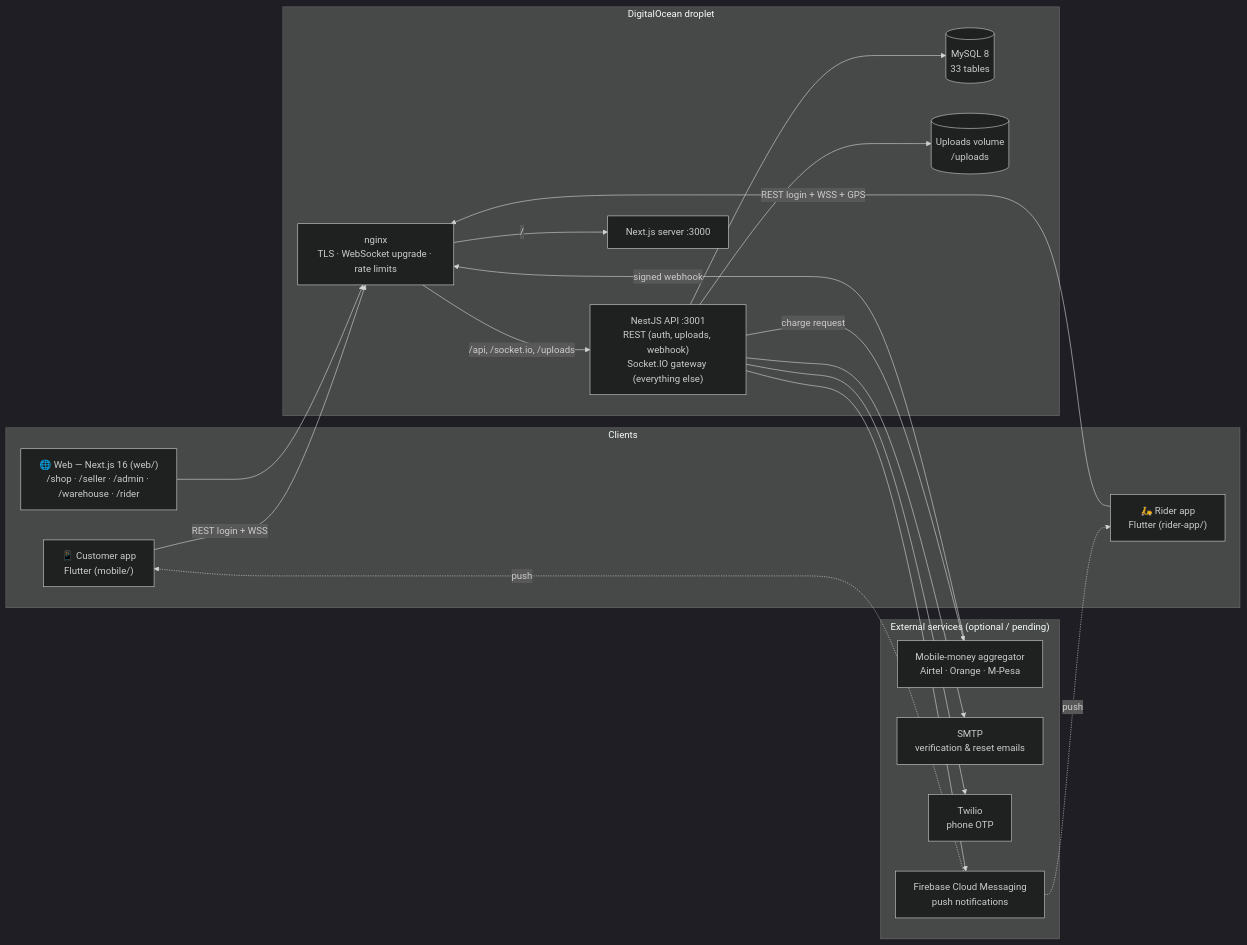
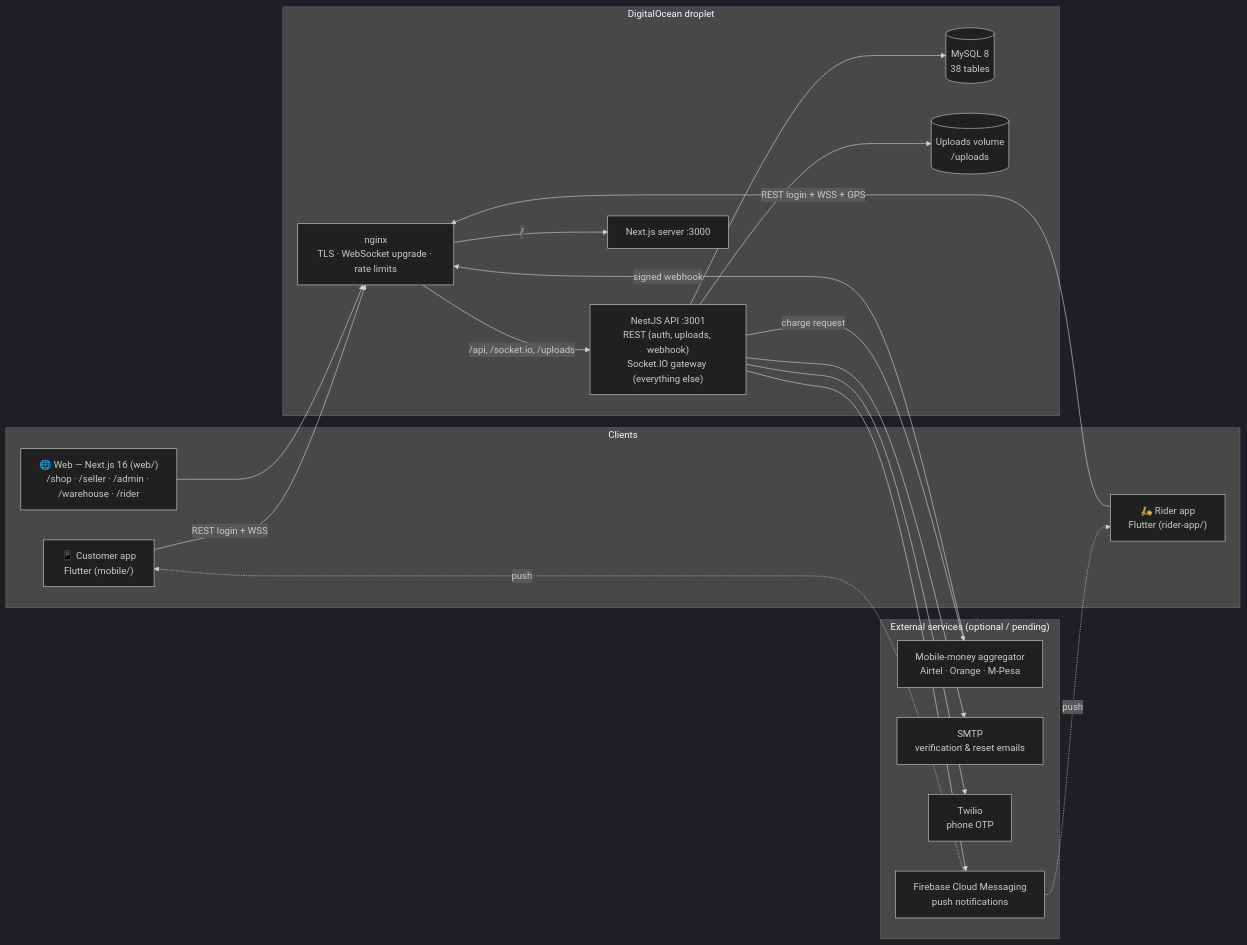
The first of 20 diagrams in docs/ARCHITECTURE.md (WaseemMirzaa/somba-apps), drawn with Mermaid (dark theme) before and after one commit. The commit also changed other lines of this file and 5 other files, not shown here.

````diff
--- a/docs/ARCHITECTURE.md
+++ b/docs/ARCHITECTURE.md
@@ -100,35 +100,35 @@
 ```mermaid
 flowchart LR
   subgraph Clients
     CA["📱 Customer app<br/>Flutter (mobile/)"]
     RA["🛵 Rider app<br/>Flutter (rider-app/)"]
     WEB["🌐 Web — Next.js 16 (web/)<br/>/shop · /seller · /admin · /warehouse · /rider"]
   end
   subgraph Droplet["DigitalOcean droplet"]
     NGINX["nginx<br/>TLS · WebSocket upgrade · rate limits"]
     API["NestJS API :3001<br/>REST (auth, uploads, webhook)<br/>Socket.IO gateway (everything else)"]
     NEXT["Next.js server :3000"]
-    DB[("MySQL 8<br/>33 tables")]
+    DB[("MySQL 8<br/>38 tables")]
     FS[("Uploads volume<br/>/uploads")]
   end
   subgraph External["External services (optional / pending)"]
     MM["Mobile-money aggregator<br/>Airtel · Orange · M-Pesa"]
     SMTP["SMTP<br/>verification & reset emails"]
     SMS["Twilio<br/>phone OTP"]
     FCM["Firebase Cloud Messaging<br/>push notifications"]
   end
   CA -- "REST login + WSS" --> NGINX
   RA -- "REST login + WSS + GPS" --> NGINX
   WEB --> NGINX
   NGINX -- "/api, /socket.io, /uploads" --> API
   NGINX -- "/" --> NEXT
   API --> DB
   API --> FS
   API -- "charge request" --> MM
   MM -- "signed webhook" --> NGINX
   API --> SMTP
   API --> SMS
   API --> FCM
   FCM -. push .-> CA
   FCM -. push .-> RA
 ```
````
